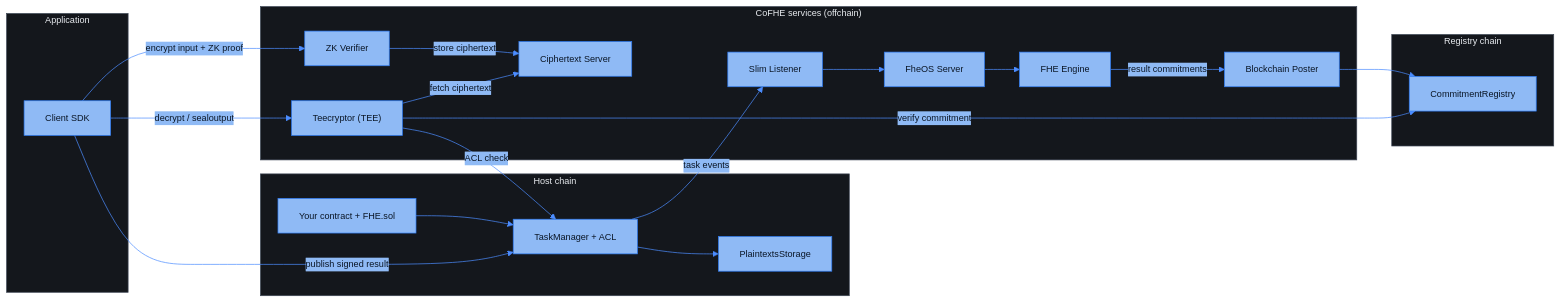
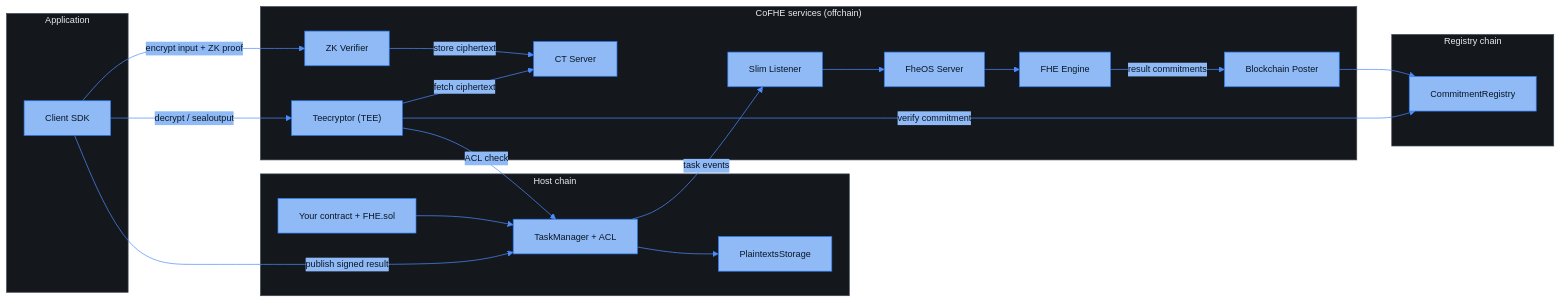
The diagram in deep-dive/cofhe-components/overview.mdx (FhenixProtocol/fhenix-developer-docs), drawn with Mermaid before and after one commit. The commit also changed other lines of this file and 3 other files, not shown here.

````diff
--- a/deep-dive/cofhe-components/overview.mdx
+++ b/deep-dive/cofhe-components/overview.mdx
@@ -8,42 +8,42 @@
 ```mermaid
 %%{init: {"theme": "base", "themeVariables": {"fontFamily": "Menlo, Monaco, Consolas, monospace", "fontSize": "13px", "primaryColor": "#8FBAF5", "primaryBorderColor": "#2E7CF6", "primaryTextColor": "#0A1626", "lineColor": "#4C8DFF", "signalColor": "#4C8DFF", "signalTextColor": "#8FA3BF", "actorBkg": "#8FBAF5", "actorBorder": "#2E7CF6", "actorTextColor": "#0A1626", "actorLineColor": "#3D4654", "noteBkgColor": "#14171C", "noteBorderColor": "#3D4654", "noteTextColor": "#AFC3DE", "activationBkgColor": "#1E3A5F", "activationBorderColor": "#4C8DFF", "clusterBkg": "#14171C", "clusterBorder": "#3D4654", "titleColor": "#E7EAEE", "edgeLabelBackground": "#8FBAF5", "textColor": "#AFC3DE", "labelTextColor": "#E7EAEE", "tertiaryColor": "#14171C", "loopTextColor": "#AFC3DE", "labelBoxBkgColor": "#1E3A5F", "labelBoxBorderColor": "#4C8DFF"}, "sequence": {"actorFontFamily": "Menlo, Monaco, Consolas, monospace", "messageFontFamily": "Menlo, Monaco, Consolas, monospace", "noteFontFamily": "Menlo, Monaco, Consolas, monospace", "width": 220}}}%%
 flowchart LR
     subgraph App["Application"]
         SDK["Client SDK"]
     end
 
     subgraph Host["Host chain"]
         FHEC["Your contract + FHE.sol"]
         TM["TaskManager + ACL"]
         PS["PlaintextsStorage"]
     end
 
     subgraph CoFHE["CoFHE services (offchain)"]
         ZK["ZK Verifier"]
         SL["Slim Listener"]
         FheOS["FheOS Server"]
         Engine["FHE Engine"]
-        CTS["Ciphertext Server"]
+        CTS["CT Server"]
         BP["Blockchain Poster"]
         TEE["Teecryptor (TEE)"]
     end
 
     subgraph Registry["Registry chain"]
         CR["CommitmentRegistry"]
     end
 
     SDK -- "encrypt input + ZK proof" --> ZK
     ZK -- "store ciphertext" --> CTS
     FHEC --> TM
     TM -- "task events" --> SL
     SL --> FheOS
     FheOS --> Engine
     Engine -- "result commitments" --> BP
     BP --> CR
     SDK -- "decrypt / sealoutput" --> TEE
     TEE -- "ACL check" --> TM
     TEE -- "fetch ciphertext" --> CTS
     TEE -- "verify commitment" --> CR
     SDK -- "publish signed result" --> TM
     TM --> PS
 ```
````
